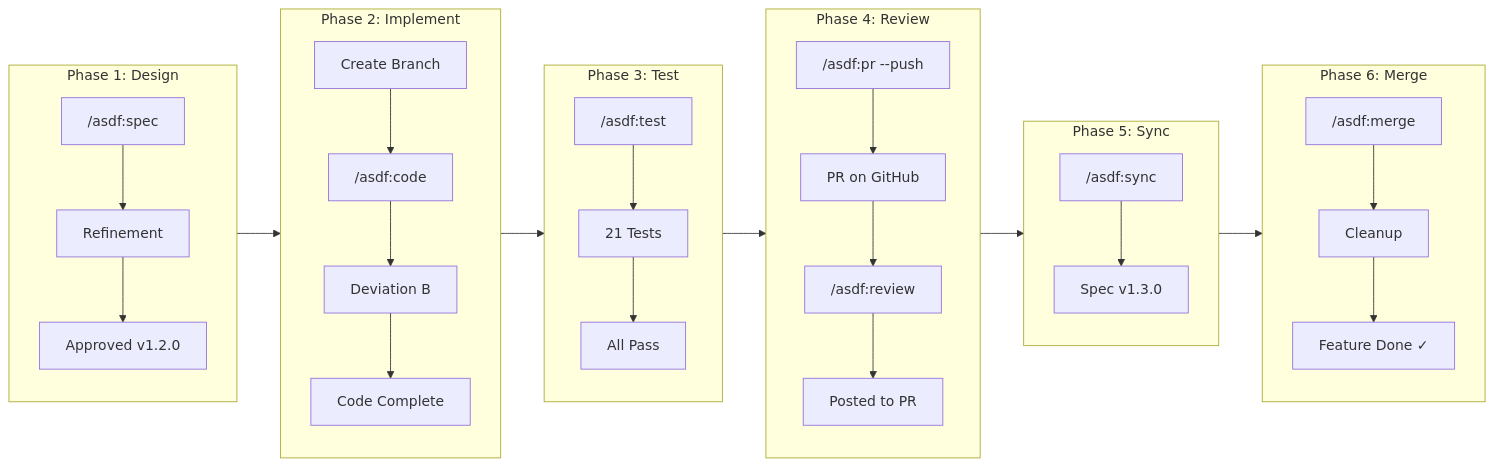
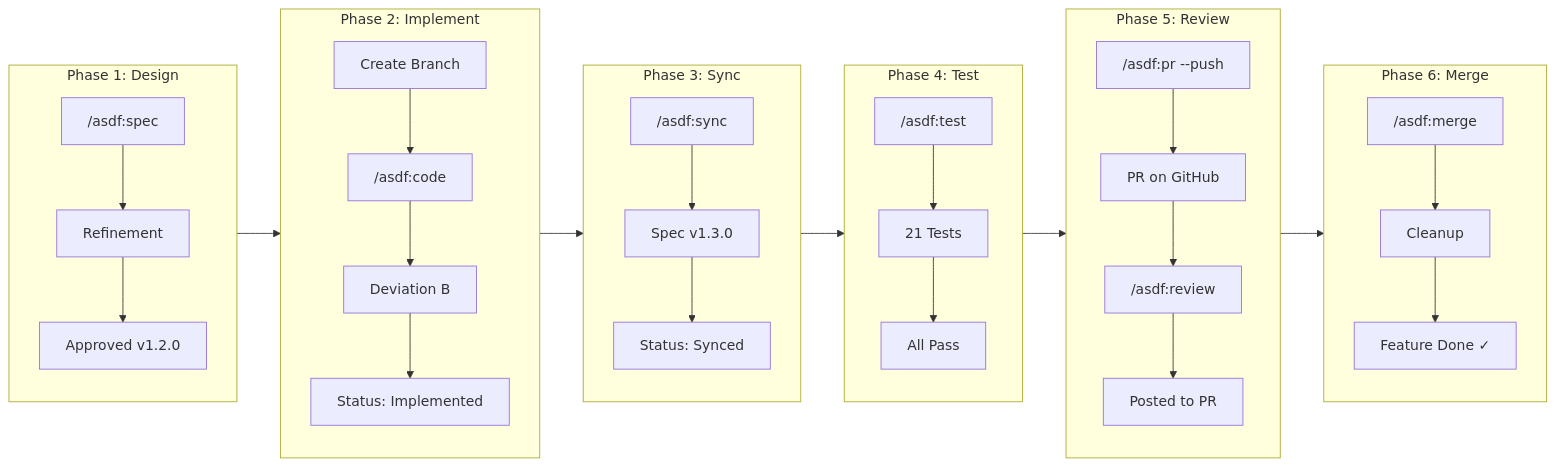
One commit to hoangtrung1801/claudekit-engineer changed the diagram in astraler-sdlc/asdf-framework/case-studies/05-feature-lifecycle.md. Above: the diagram before and after it, drawn with Mermaid. The commit also changed other lines of this file and 13 other files, not shown here.

````diff
--- a/astraler-sdlc/asdf-framework/case-studies/05-feature-lifecycle.md
+++ b/astraler-sdlc/asdf-framework/case-studies/05-feature-lifecycle.md
@@ -11,35 +11,36 @@
 ```mermaid
 flowchart LR
     subgraph Phase1["Phase 1: Design"]
         A["/asdf:spec"] --> B["Refinement"]
         B --> C["Approved v1.2.0"]
     end
 
     subgraph Phase2["Phase 2: Implement"]
         D["Create Branch"] --> E["/asdf:code"]
         E --> F["Deviation B"]
-        F --> G["Code Complete"]
+        F --> G["Status: Implemented"]
     end
 
-    subgraph Phase3["Phase 3: Test"]
-        H["/asdf:test"] --> I["21 Tests"]
-        I --> J["All Pass"]
+    subgraph Phase3["Phase 3: Sync"]
+        H["/asdf:sync"] --> I["Spec v1.3.0"]
+        I --> J["Status: Synced"]
     end
 
-    subgraph Phase4["Phase 4: Review"]
-        K["/asdf:pr --push"] --> L["PR on GitHub"]
-        L --> M["/asdf:review"]
-        M --> N["Posted to PR"]
+    subgraph Phase4["Phase 4: Test"]
+        K["/asdf:test"] --> L["21 Tests"]
+        L --> M["All Pass"]
     end
 
-    subgraph Phase5["Phase 5: Sync"]
-        O["/asdf:sync"] --> P["Spec v1.3.0"]
+    subgraph Phase5["Phase 5: Review"]
+        N["/asdf:pr --push"] --> O["PR on GitHub"]
+        O --> P["/asdf:review"]
+        P --> Q["Posted to PR"]
     end
 
     subgraph Phase6["Phase 6: Merge"]
-        Q["/asdf:merge"] --> R["Cleanup"]
-        R --> S["Feature Done ✓"]
+        R["/asdf:merge"] --> S["Cleanup"]
+        S --> T["Feature Done ✓"]
     end
 
     Phase1 --> Phase2 --> Phase3 --> Phase4 --> Phase5 --> Phase6
 ```
````
